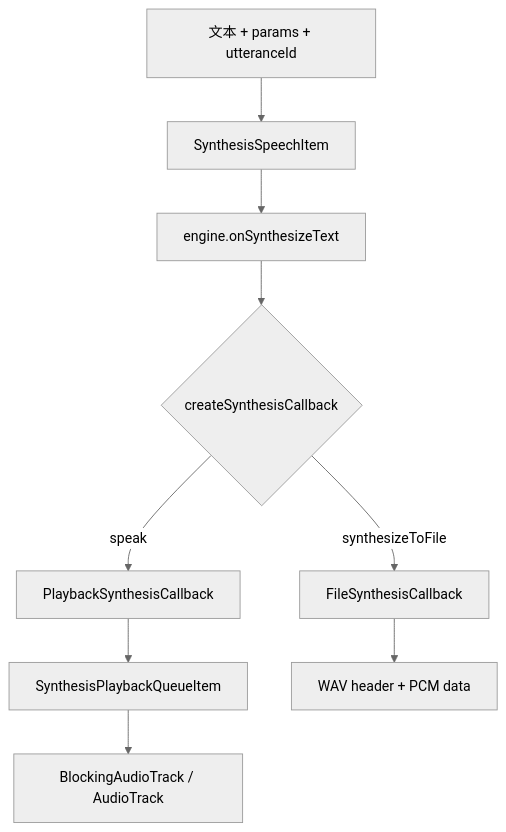
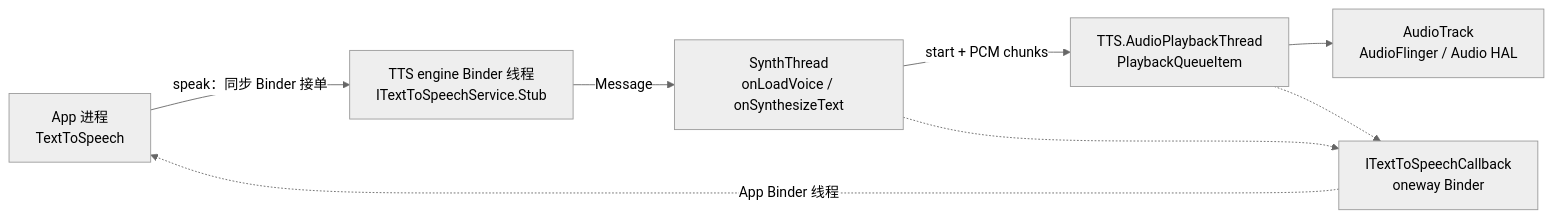
One commit to junyingzhao001/StudyNotes changed the diagram in Android源码学习/62-TextToSpeechTextToSpeechService与语音合成播放链路.md. Above: the diagram before and after it, drawn with Mermaid (neutral theme). The commit also changed other lines of this file and 93 other files, not shown here.

````diff
--- a/Android源码学习/62-TextToSpeechTextToSpeechService与语音合成播放链路.md
+++ b/Android源码学习/62-TextToSpeechTextToSpeechService与语音合成播放链路.md
@@ -903,11 +66,17 @@
 ```mermaid
-flowchart TD
-    T["文本 + params + utteranceId"] --> SI["SynthesisSpeechItem"]
-    SI --> E["engine.onSynthesizeText"]
-    E --> CB{"createSynthesisCallback"}
-    CB -->|"speak"| PC["PlaybackSynthesisCallback"]
-    PC --> PQ["SynthesisPlaybackQueueItem"]
-    PQ --> AT["BlockingAudioTrack / AudioTrack"]
-    CB -->|"synthesizeToFile"| FC["FileSynthesisCallback"]
-    FC --> WAV["WAV header + PCM data"]
+flowchart LR
+    APP["App 进程<br/>TextToSpeech"]
+    BINDER["TTS engine Binder 线程<br/>ITextToSpeechService.Stub"]
+    SYNTH["SynthThread<br/>onLoadVoice / onSynthesizeText"]
+    PLAY["TTS.AudioPlaybackThread<br/>PlaybackQueueItem"]
+    TRACK["AudioTrack<br/>AudioFlinger / Audio HAL"]
+    CALLBACK["ITextToSpeechCallback<br/>oneway Binder"]
+
+    APP -->|"speak：同步 Binder 接单"| BINDER
+    BINDER -->|"Message"| SYNTH
+    SYNTH -->|"start + PCM chunks"| PLAY
+    PLAY --> TRACK
+    SYNTH -.-> CALLBACK
+    PLAY -.-> CALLBACK
+    CALLBACK -.->|"App Binder 线程"| APP
 ```
````
